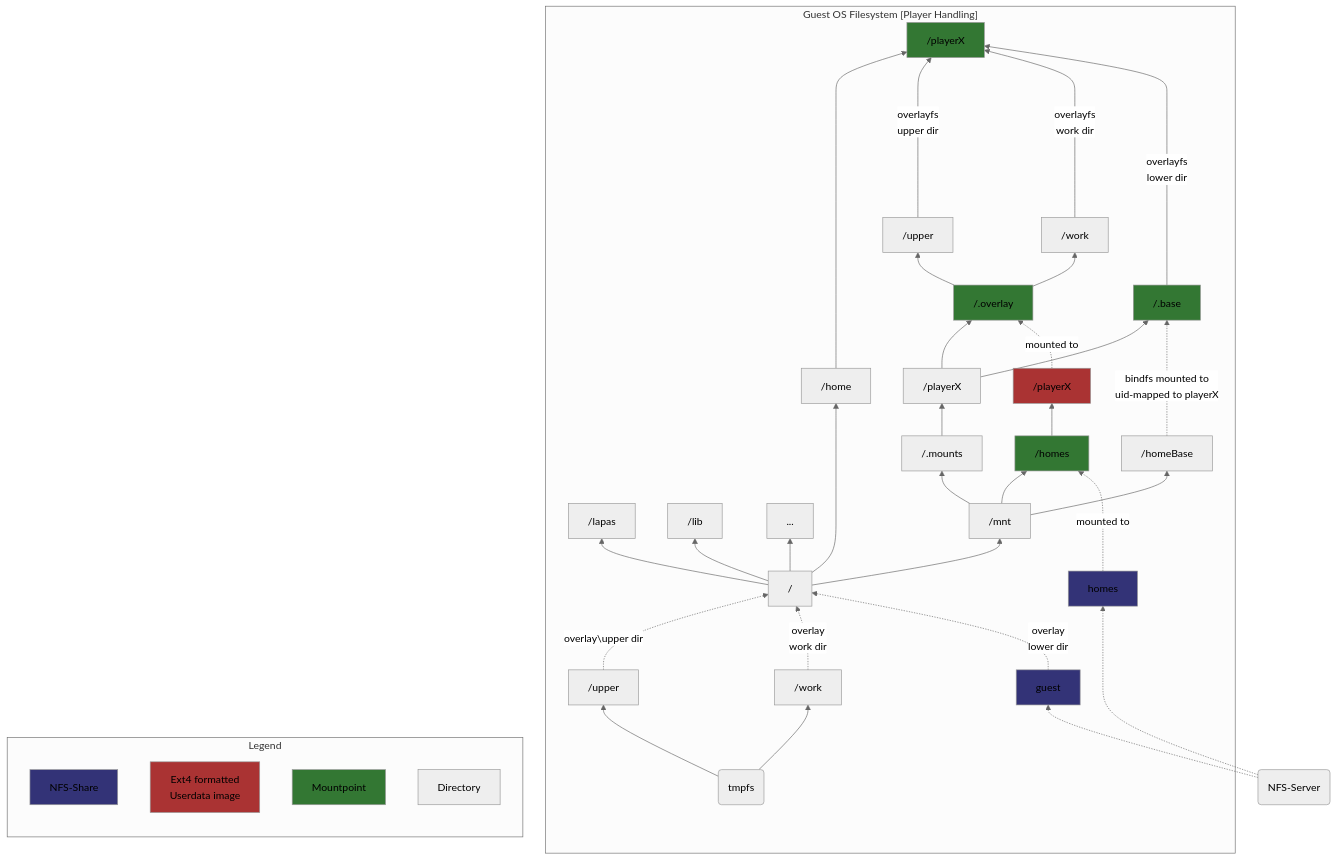
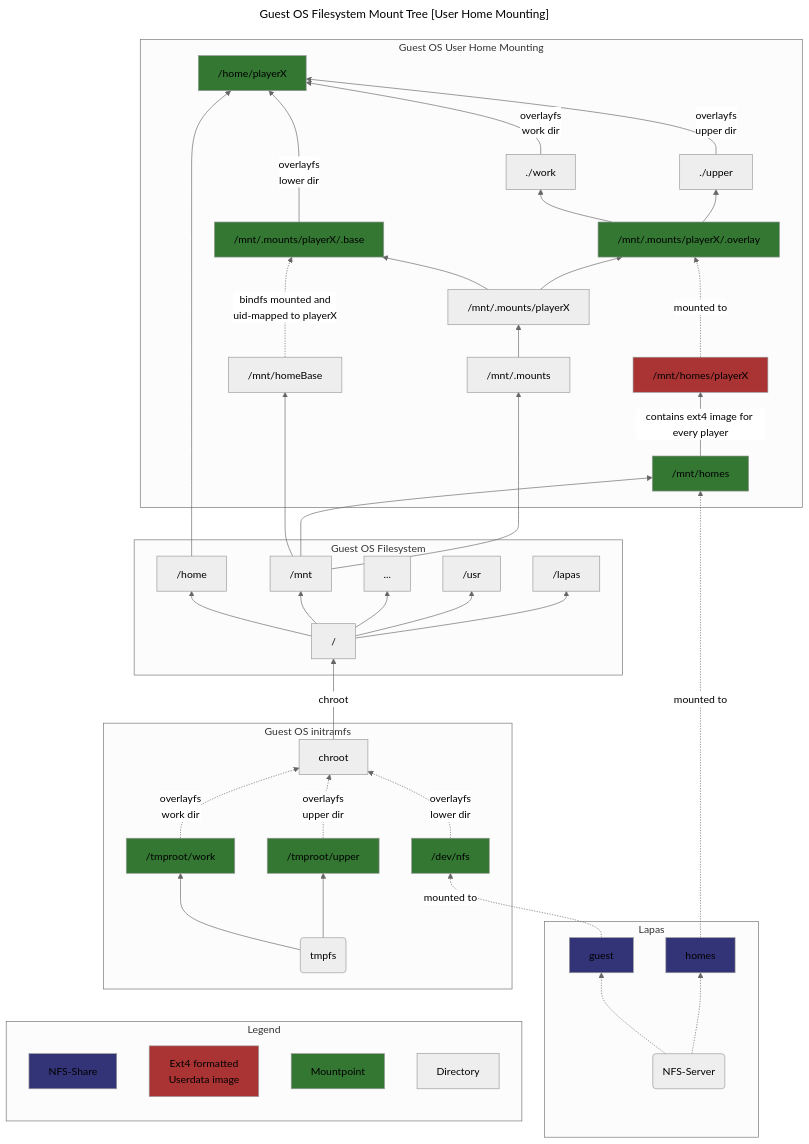
The third of 3 diagrams in README.md (seijikun/lapas), drawn with Mermaid (neutral theme) before and after one commit.

Commit message:
Attempt at improving guest OS filesystem mermaid graph

````diff
--- a/README.md
+++ b/README.md
@@ -78,55 +78,69 @@
 ```mermaid
+---
+title: Guest OS Filesystem Mount Tree [User Home Mounting]
+---
 graph BT
     classDef ext4Img fill:#aa3333;
     classDef mountPoint fill:#337733;
     classDef nfsShare fill:#333377;
 
-    nfsServer(NFS-Server);
-    nfsServer -.-> homes:::nfsShare;
-    nfsServer -.-> guest:::nfsShare;
-    subgraph "Guest OS Filesystem [Player Handling]"
-        guest; homes;
+    subgraph "Lapas"
+        nfsServer(NFS-Server);
+        nfsServer -.-> homes:::nfsShare;
+        nfsServer -.-> guest:::nfsShare;
+    end
 
+    subgraph "Guest OS initramfs"
+        guestRootMount["chroot"];
+        guestRootTmpfs(tmpfs);
+        guestRootTmpfs --> guestRootTmpsUpper["/tmproot/upper"]:::mountPoint;
+        guestRootTmpfs --> guestRootTmpsWork["/tmproot/work"]:::mountPoint;
+        guestRootTmpsUpper -.->|overlayfs<br/>upper dir| guestRootMount;
+        guestRootTmpsWork -.->|overlayfs<br/>work dir| guestRootMount;
+        guest -.->|mounted to| guestRootNfsMount["/dev/nfs"]:::mountPoint;
+        guestRootNfsMount -.->|overlayfs<br/>lower dir| guestRootMount;
+    end
+
+    subgraph "Guest OS Filesystem"
         guestRoot["/"];
-        guestRootTmpfs(tmpfs);
-        guestRootTmpfs --> guestRootTmpsUpper["/upper"];
-        guestRootTmpfs --> guestRootTmpsWork["/work"];
-        guestRootTmpsUpper -.->|overlay\upper dir| guestRoot;
-        guestRootTmpsWork -.->|overlay<br/>work dir| guestRoot;
-        guest -.->|overlay<br/>lower dir| guestRoot;
-
         guestRoot --> guestLapas["/lapas"];
-        guestRoot --> guestLib["/lib"];
+        guestRoot --> guestLib["/usr"];
         guestRoot --> guestEtc[...];
         guestRoot --> guestMnt["/mnt"];
         guestRoot --> guestHome["/home"];
 
-        guestMnt --> guestMntMounts["/.mounts"];
-        guestMnt --> guestMntHomes["/homes"]:::mountPoint;
-        guestMnt --> guestMntHomeBase["/homeBase"];
+        guestRootMount -->|chroot| guestRoot;
+    end
 
-        guestMntMounts --> guestMntMountsPlayerX["/playerX"];
-        guestMntMountsPlayerX --> guestMntMountsPlayerXOverlay["/.overlay"]:::mountPoint;
-        guestMntMountsPlayerX --> guestMntMountsPlayerXBase["/.base"]:::mountPoint;
-        guestMntHomeBase -..->|bindfs mounted to<br/>uid-mapped to playerX| guestMntMountsPlayerXBase;
+    subgraph "Guest OS User Home Mounting"
+        guest; homes;
 
-        guestMntMountsPlayerXOverlay --> userHomeUpper["/upper"];
-        guestMntMountsPlayerXOverlay --> userStorageWork["/work"];
+        guestMnt --> guestMntMounts["/mnt/.mounts"];
+        guestMnt --> guestMntHomes["/mnt/homes"]:::mountPoint;
+        guestMnt --> guestMntHomeBase["/mnt/homeBase"];
 
-        guestHome ------> guestHomePlayerX["/playerX"]:::mountPoint;
-        homes -..->|mounted to| guestMntHomes;
-        guestMntHomes --> playerX["/playerX"]:::ext4Img;
+        guestMntMounts --> guestMntMountsPlayerX["/mnt/.mounts/playerX"];
+        guestMntMountsPlayerX --> guestMntMountsPlayerXOverlay["/mnt/.mounts/playerX/.overlay"]:::mountPoint;
+        guestMntMountsPlayerX --> guestMntMountsPlayerXBase["/mnt/.mounts/playerX/.base"]:::mountPoint;
+        guestMntHomeBase -..->|bindfs mounted and<br/>uid-mapped to playerX| guestMntMountsPlayerXBase;
 
-        playerX -.->|mounted to| guestMntMountsPlayerXOverlay;
+        guestMntMountsPlayerXOverlay --> userHomeUpper["./upper"];
+        guestMntMountsPlayerXOverlay --> userStorageWork["./work"];
+
+        guestHome --> guestHomePlayerX["/home/playerX"]:::mountPoint;
+        homes -.->|mounted to| guestMntHomes;
+        guestMntHomes -->|contains ext4 image for every player| playerX["/mnt/homes/playerX"]:::ext4Img;
+
+        playerX -..->|mounted to| guestMntMountsPlayerXOverlay;
         userHomeUpper -->|overlayfs<br/>upper dir| guestHomePlayerX;
         userStorageWork -->|overlayfs<br/>work dir| guestHomePlayerX;
-        guestMntMountsPlayerXBase ----->|overlayfs<br/>lower dir| guestHomePlayerX;
+        guestMntMountsPlayerXBase -->|overlayfs<br/>lower dir| guestHomePlayerX;
     end
 
     subgraph "Legend"
         nfsShare[NFS-Share]:::nfsShare;
         ext4Img[Ext4 formatted<br/>Userdata image]:::ext4Img;
         mountPoint[Mountpoint]:::mountPoint;
         normalDir[Directory];
     end
 ```
````
